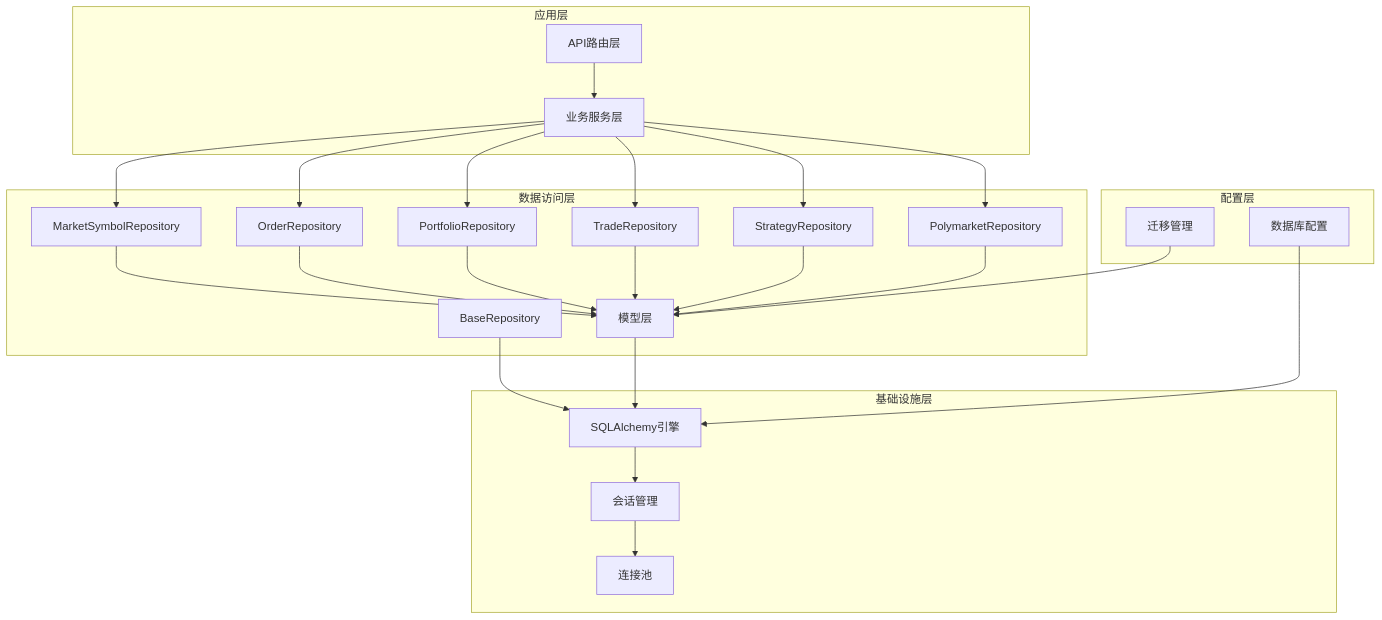
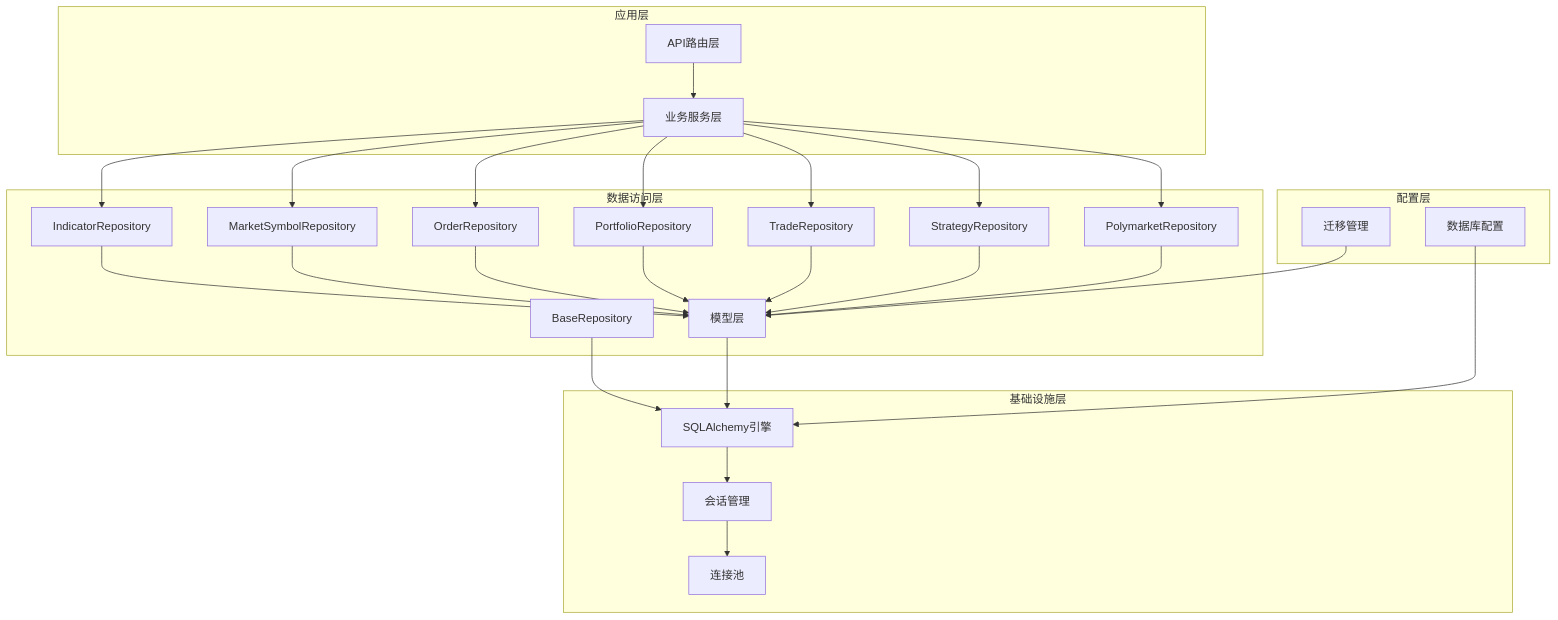
The first of 12 diagrams in .qoder/repowiki/zh/content/核心功能模块/数据库现代化与ORM架构.md (joezxh/QuantDinger), drawn with Mermaid before and after one commit. The commit also changed other lines of this file and 160 other files, not shown here.

First line of the commit message:
feat(sync): 添加通用同步调度器和知识图谱分析功能

````diff
--- a/.qoder/repowiki/zh/content/核心功能模块/数据库现代化与ORM架构.md
+++ b/.qoder/repowiki/zh/content/核心功能模块/数据库现代化与ORM架构.md
@@ -60,45 +62,48 @@
 ```mermaid
 graph TB
 subgraph "应用层"
 API[API路由层]
 Services[业务服务层]
 end
 subgraph "数据访问层"
+IndicatorRepo[IndicatorRepository]
 MarketRepo[MarketSymbolRepository]
 OrderRepo[OrderRepository]
 PortfolioRepo[PortfolioRepository]
 TradeRepo[TradeRepository]
 StrategyRepo[StrategyRepository]
 PolymarketRepo[PolymarketRepository]
 BaseRepo[BaseRepository]
 Models[模型层]
 end
 subgraph "基础设施层"
 Engine[SQLAlchemy引擎]
 Session[会话管理]
 Pool[连接池]
 end
 subgraph "配置层"
 Config[数据库配置]
 Migrations[迁移管理]
 end
 API --> Services
+Services --> IndicatorRepo
 Services --> MarketRepo
 Services --> OrderRepo
 Services --> PortfolioRepo
 Services --> TradeRepo
 Services --> StrategyRepo
 Services --> PolymarketRepo
+IndicatorRepo --> Models
 MarketRepo --> Models
 OrderRepo --> Models
 PortfolioRepo --> Models
 TradeRepo --> Models
 StrategyRepo --> Models
 PolymarketRepo --> Models
 BaseRepo --> Engine
 Models --> Engine
 Engine --> Session
 Session --> Pool
 Config --> Engine
 Migrations --> Models
 ```
````
